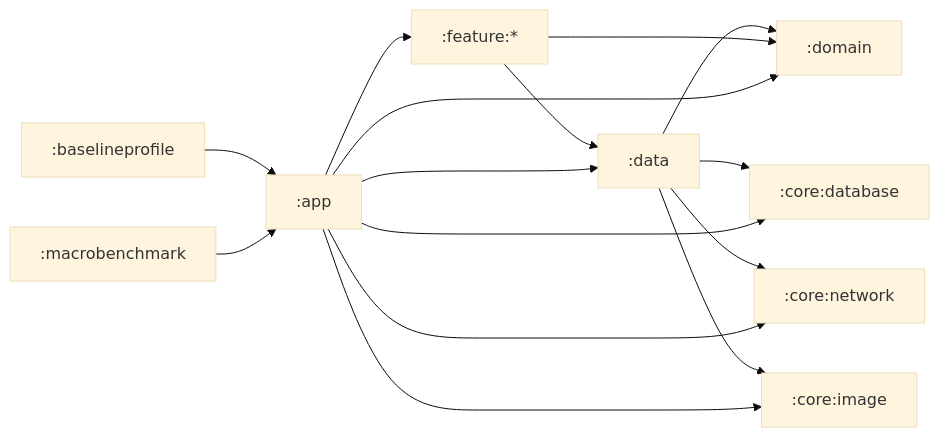
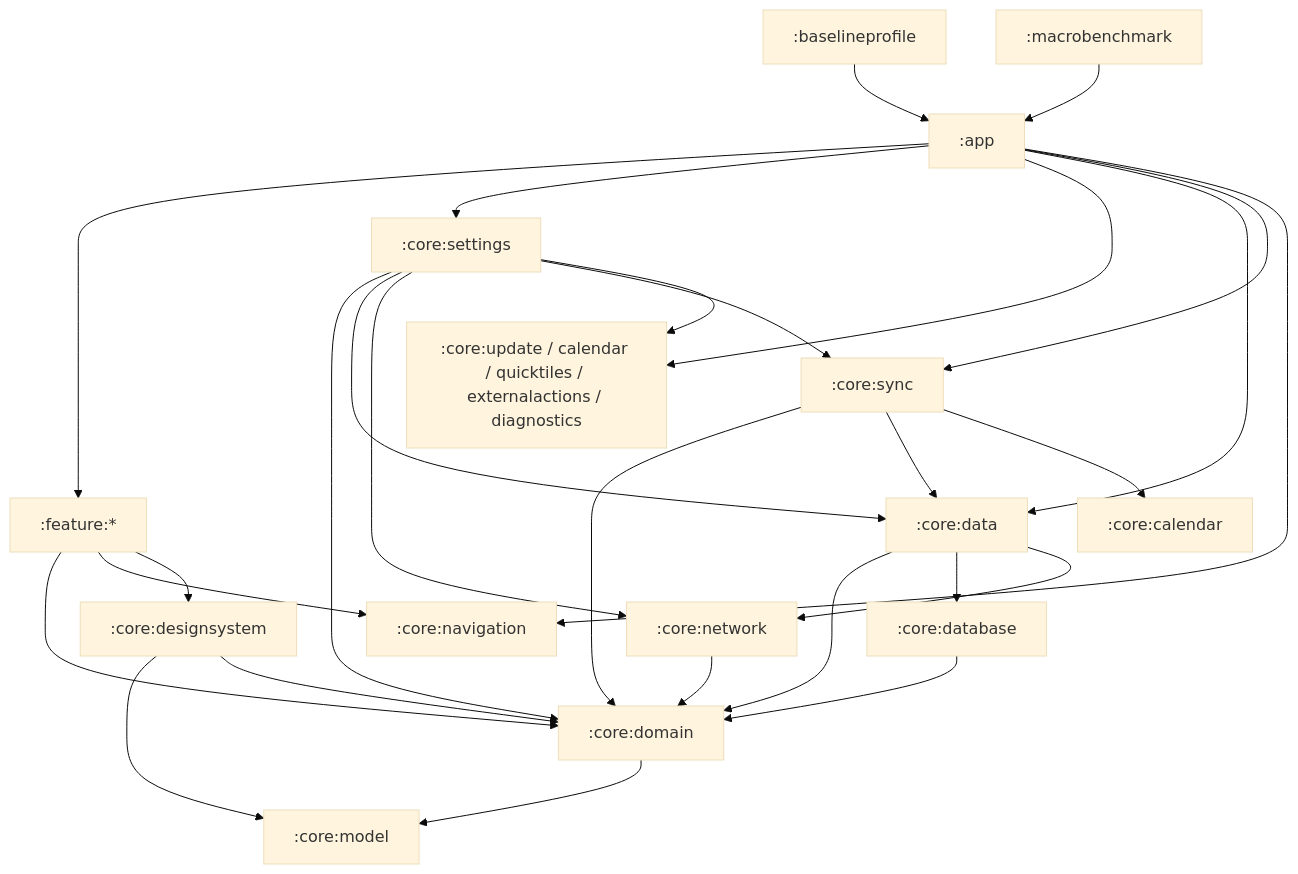
The diagram in ARCHITECTURE.md (pscly/xinliu_android), drawn with Mermaid (base theme) before and after one commit. The commit also changed other lines of this file and 8 other files, not shown here.

````diff
--- a/ARCHITECTURE.md
+++ b/ARCHITECTURE.md
@@ -74,21 +46,45 @@
 ```mermaid
-flowchart LR
-  coredb[:core:database]
-  corenet[:core:network]
-  coreimg[:core:image]
-  domain[:domain]
-  data[:data] --> domain
-  data --> coredb
-  data --> corenet
-  data --> coreimg
-  feature[:feature:*] --> domain
-  feature --> data
-  app[:app] --> feature
+flowchart TB
+  app[:app]
+  feature[:feature:*]
+  settings_impl[:core:settings]
+  platform[:core:update / calendar / quicktiles / externalactions / diagnostics]
+  data[:core:data]
+  sync[:core:sync]
+  network[:core:network]
+  database[:core:database]
+  domain[:core:domain]
+  navigation[:core:navigation]
+  design[:core:designsystem]
+  model[:core:model]
+  baseline[:baselineprofile]
+  macro[:macrobenchmark]
+
+  app --> feature
+  app --> settings_impl
+  app --> platform
   app --> data
-  app --> domain
-  app --> coredb
-  app --> corenet
-  app --> coreimg
-  baseline[:baselineprofile] --> app
-  macro[:macrobenchmark] --> app
+  app --> sync
+  app --> navigation
+  feature --> domain
+  feature --> navigation
+  feature --> design
+  settings_impl --> domain
+  settings_impl --> data
+  settings_impl --> network
+  settings_impl --> sync
+  settings_impl --> platform
+  data --> domain
+  data --> database
+  data --> network
+  sync --> domain
+  sync --> data
+  sync --> calendar_mod[:core:calendar]
+  network --> domain
+  database --> domain
+  design --> model
+  design --> domain
+  domain --> model
+  baseline --> app
+  macro --> app
 ```
````
